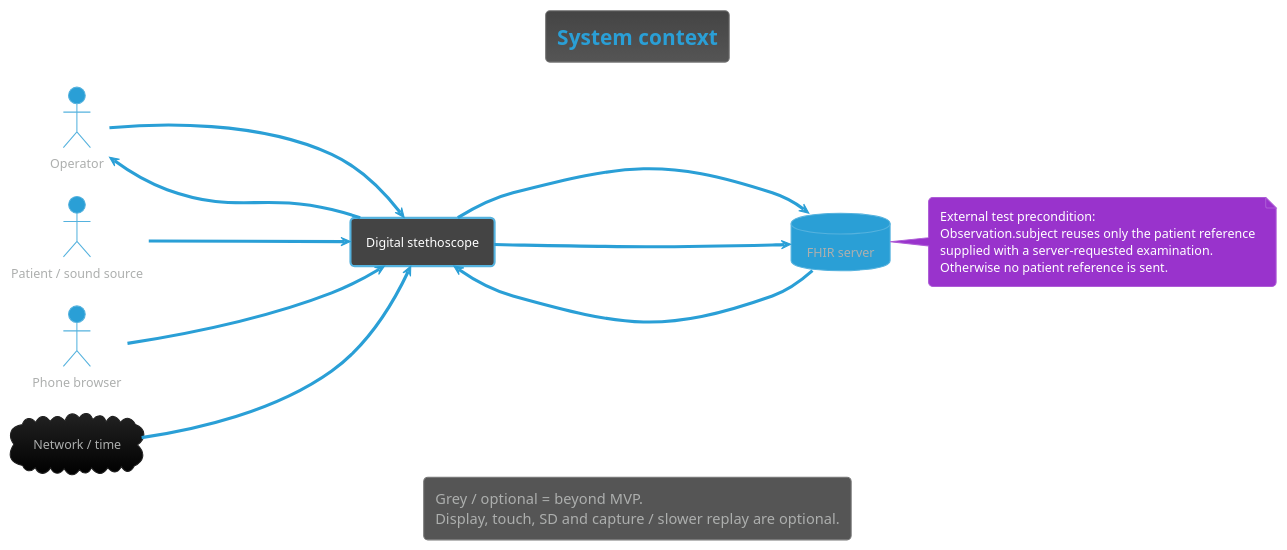
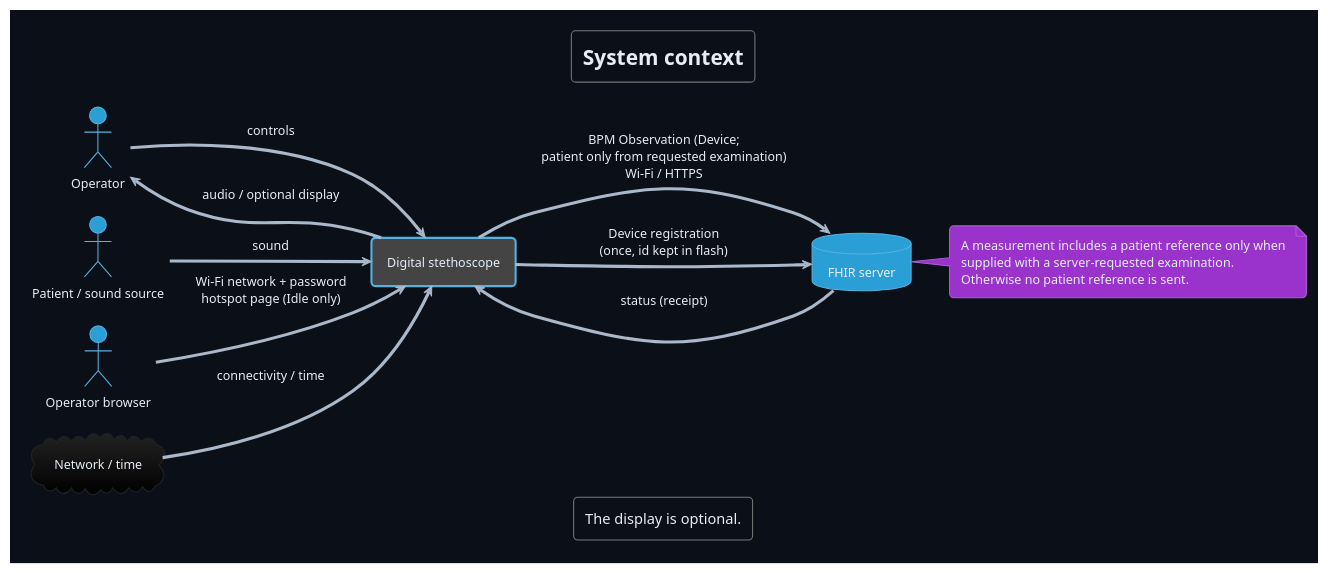
Before and after one commit to DemonicPsychoII/DigitalStethoscope: the diagram in Development/system/architecture/system/system-context.puml, drawn with PlantUML. The commit also changed 181 other files, not shown here.

First line of the commit message:
documentation: state only what is in architecture, design and code documents

```diff
--- a/Development/system/architecture/system/system-context.puml
+++ b/Development/system/architecture/system/system-context.puml
@@ -1,43 +1,44 @@
 @startuml system_context
 !theme cyborg
 !pragma layout smetana
 skinparam shadowing false
+skinparam backgroundColor #0b1018
+skinparam defaultFontColor #e6edf7
+skinparam ArrowColor #a9b8ca
 skinparam component {
  BackgroundColor<<optional>> #273241
  BorderColor<<optional>> #61738a
  FontColor<<optional>> #b8c4d4
 }
 skinparam artifact {
  BackgroundColor<<optional>> #273241
  BorderColor<<optional>> #61738a
  FontColor<<optional>> #b8c4d4
 }
 skinparam componentStyle rectangle
 skinparam defaultFontName SansSerif
 title System context
 left to right direction
 actor "Operator" as operator
 actor "Patient / sound source" as source
-actor "Phone browser" as phone
+actor "Operator browser" as phone
 rectangle "Digital stethoscope" as device
 database "FHIR server" as fhir
 cloud "Network / time" as net
 source --> device : sound
 operator --> device : controls
 device --> operator : audio / optional display
 device --> fhir : BPM Observation (Device;\npatient only from requested examination)\nWi-Fi / HTTPS
 fhir --> device : status (receipt)
 net --> device : connectivity / time
 phone --> device : Wi-Fi network + password\nhotspot page (Idle only)
 device --> fhir : Device registration\n(once, id kept in flash)
 legend bottom
-  Grey / optional = beyond MVP.
-  Display, touch, SD and capture / slower replay are optional.
+  The display is optional.
 endlegend
 note right of fhir
-External test precondition:
-Observation.subject reuses only the patient reference
+A measurement includes a patient reference only when
 supplied with a server-requested examination.
 Otherwise no patient reference is sent.
 end note
 @enduml
```
